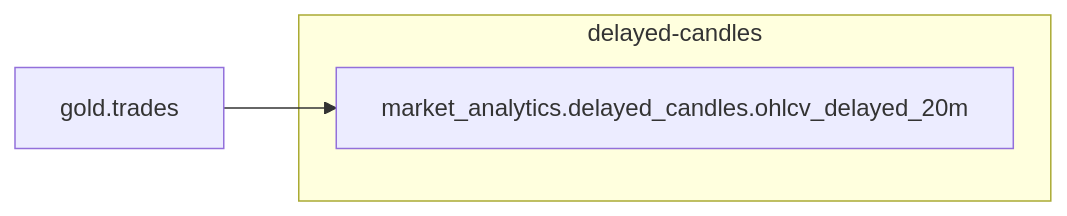
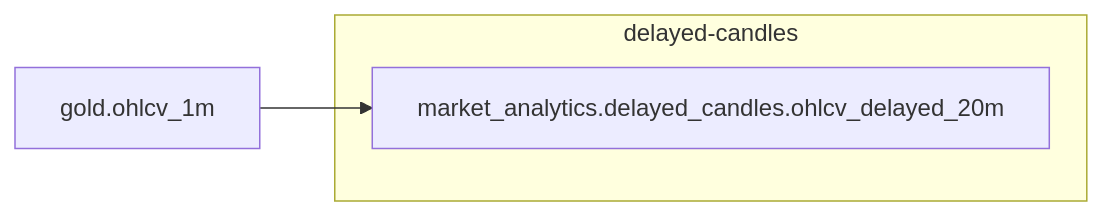
One commit to rjdscott/k2-market-data-platform changed the diagram in docs/products/market-analytics/delayed-candles.md. Above: the diagram before and after it, drawn with Mermaid. The commit also changed other lines of this file and 17 other files, not shown here.

````diff
--- a/docs/products/market-analytics/delayed-candles.md
+++ b/docs/products/market-analytics/delayed-candles.md
@@ -16,8 +16,8 @@
 ```mermaid
 flowchart LR
-  n0["gold.trades"]
+  n0["gold.ohlcv_1m"]
   subgraph product ["delayed-candles"]
     n1["market_analytics.delayed_candles.ohlcv_delayed_20m"]
   end
   n0 --> n1
 ```
````
